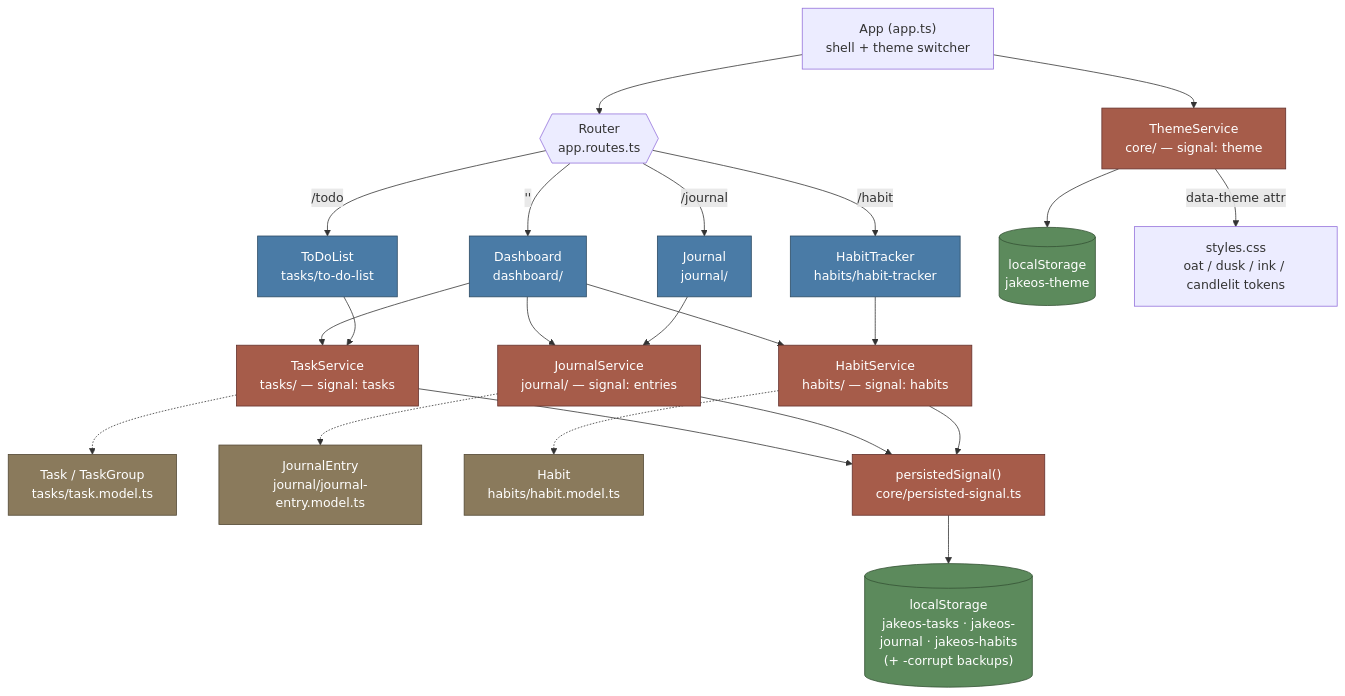
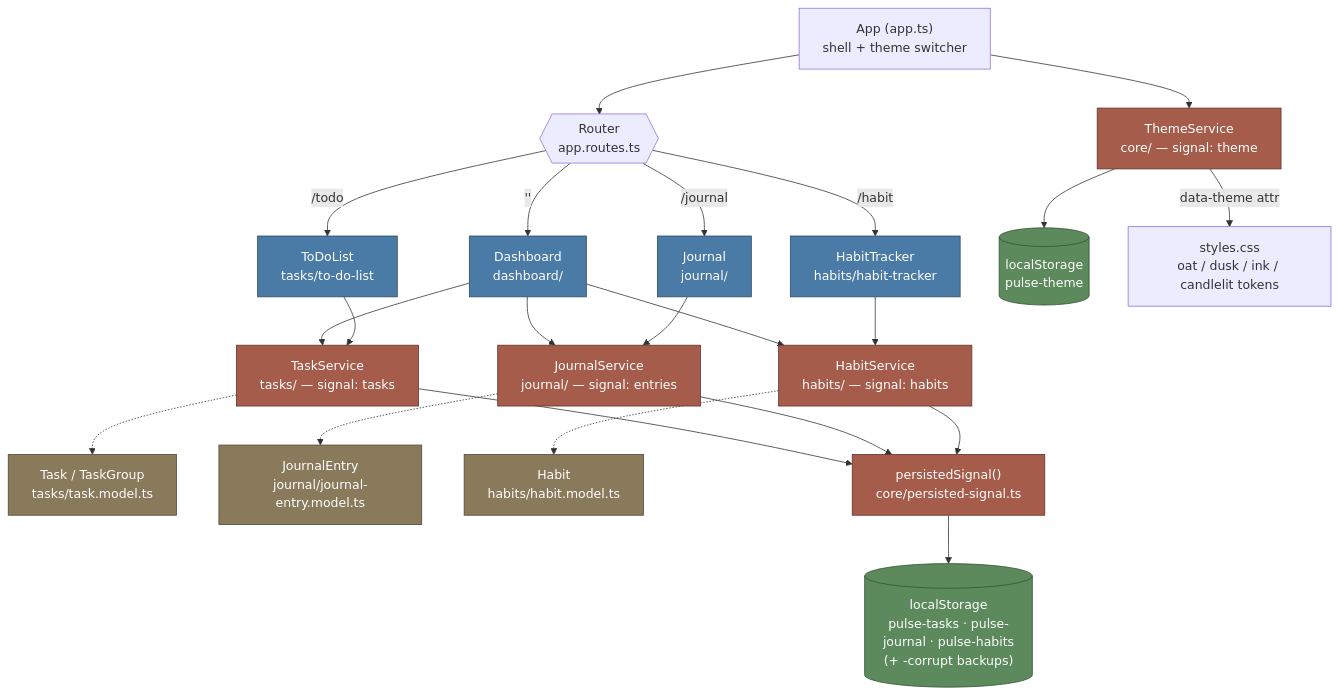
The diagram in docs/mermaid.md (Jakesquelch/Pulse), drawn with Mermaid before and after one commit. The commit also changed other lines of this file and 24 other files, not shown here.

````diff
--- a/docs/mermaid.md
+++ b/docs/mermaid.md
@@ -3,47 +3,47 @@
 ```mermaid
 ---
 id: 447b6665-61a0-439f-9087-079346da219f
 ---
 graph TD
     Root["App (app.ts)<br/>shell + theme switcher"]
     Router{{"Router<br/>app.routes.ts"}}
 
     Root --> Router
 
     Router -->|"''"| Dashboard["Dashboard<br/>dashboard/"]
     Router -->|"/todo"| ToDo["ToDoList<br/>tasks/to-do-list"]
     Router -->|"/journal"| Journal["Journal<br/>journal/"]
     Router -->|"/habit"| Habit["HabitTracker<br/>habits/habit-tracker"]
 
     Root --> ThemeService["ThemeService<br/>core/ — signal: theme"]
 
     Dashboard --> TaskService
     Dashboard --> JournalService
     Dashboard --> HabitService
 
     ToDo --> TaskService["TaskService<br/>tasks/ — signal: tasks"]
     Journal --> JournalService["JournalService<br/>journal/ — signal: entries"]
     Habit --> HabitService["HabitService<br/>habits/ — signal: habits"]
 
     TaskService -.-> TaskModel["Task / TaskGroup<br/>tasks/task.model.ts"]
     JournalService -.-> JournalModel["JournalEntry<br/>journal/journal-entry.model.ts"]
     HabitService -.-> HabitModel["Habit<br/>habits/habit.model.ts"]
 
     TaskService --> Seam
     JournalService --> Seam
     HabitService --> Seam
-    Seam["persistedSignal()<br/>core/persisted-signal.ts"] --> LocalStorage[("localStorage<br/>jakeos-tasks · jakeos-journal · jakeos-habits<br/>(+ -corrupt backups)")]
-    ThemeService --> LocalStorage4[("localStorage<br/>jakeos-theme")]
+    Seam["persistedSignal()<br/>core/persisted-signal.ts"] --> LocalStorage[("localStorage<br/>pulse-tasks · pulse-journal · pulse-habits<br/>(+ -corrupt backups)")]
+    ThemeService --> LocalStorage4[("localStorage<br/>pulse-theme")]
 
     ThemeService -->|"data-theme attr"| Styles["styles.css<br/>oat / dusk / ink / candlelit tokens"]
 
     classDef page fill:#4a7ba6,stroke:#2c4a63,color:#fff
     classDef service fill:#a65c4a,stroke:#63302c,color:#fff
     classDef storage fill:#5c8a5c,stroke:#345234,color:#fff
     classDef model fill:#8a7a5c,stroke:#524834,color:#fff
 
     class Dashboard,ToDo,Journal,Habit page
     class TaskService,JournalService,HabitService,ThemeService,Seam service
     class LocalStorage,LocalStorage4 storage
     class TaskModel,JournalModel,HabitModel model
 ```
````
